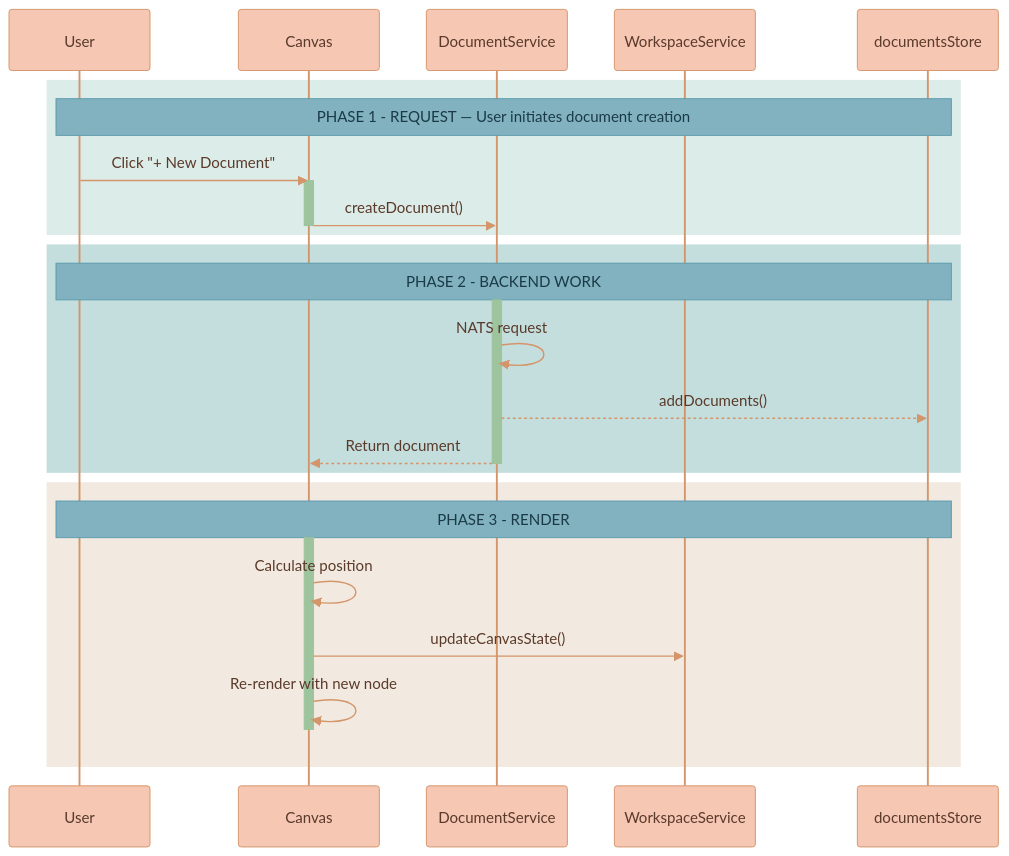
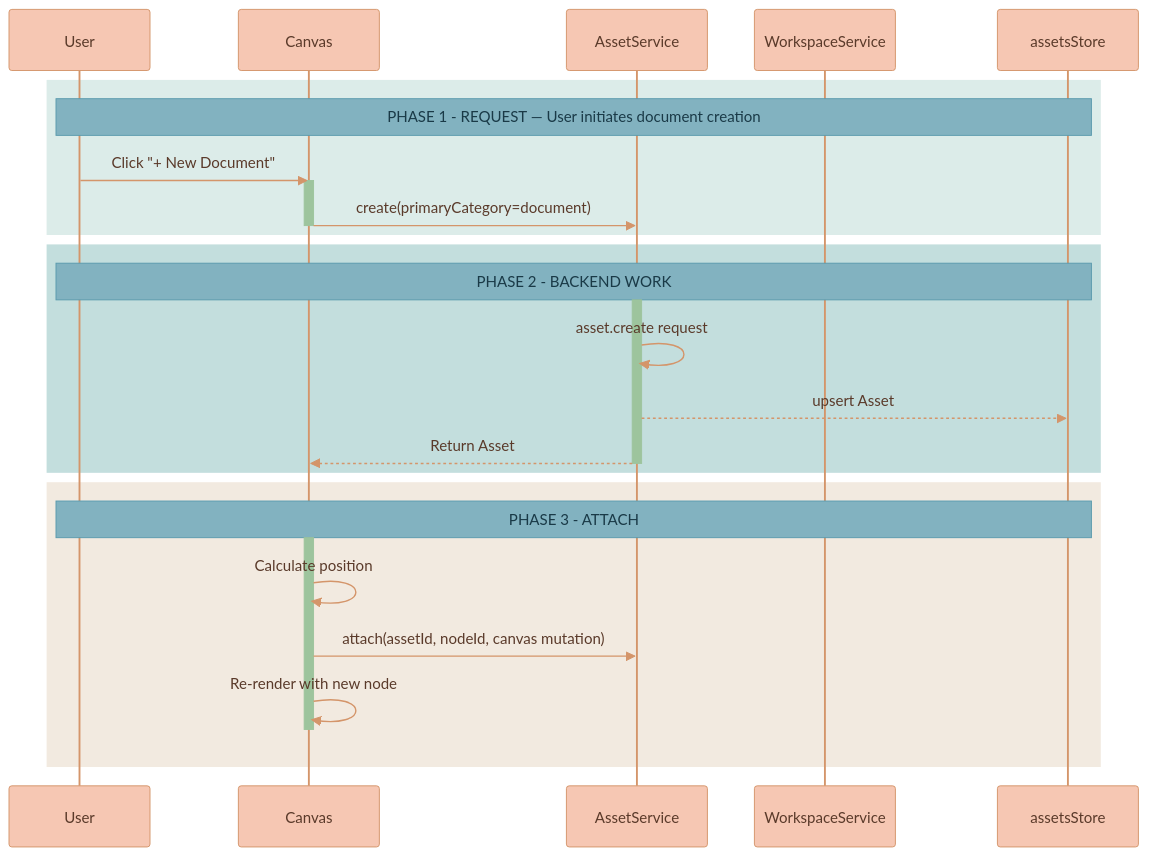
One commit to Lixpi/lixpi changed the second of 6 diagrams in documentation/canvas/USER-FLOWS.md. Above: the diagram before and after it, drawn with Mermaid. The commit also changed other lines of this file and 225 other files, not shown here.

````diff
--- a/documentation/canvas/USER-FLOWS.md
+++ b/documentation/canvas/USER-FLOWS.md
@@ -71,41 +71,41 @@
 ```mermaid
 %%{init: {'theme': 'base', 'themeVariables': { 'noteBkgColor': '#82B2C0', 'noteTextColor': '#1a3a47', 'noteBorderColor': '#5a9aad', 'actorBkg': '#F6C7B3', 'actorBorder': '#d4956a', 'actorTextColor': '#5a3a2a', 'actorLineColor': '#d4956a', 'signalColor': '#d4956a', 'signalTextColor': '#5a3a2a', 'labelBoxBkgColor': '#F6C7B3', 'labelBoxBorderColor': '#d4956a', 'labelTextColor': '#5a3a2a', 'loopTextColor': '#5a3a2a', 'activationBorderColor': '#9DC49D', 'activationBkgColor': '#9DC49D', 'sequenceNumberColor': '#5a3a2a'}}}%%
 sequenceDiagram
     participant User
     participant Canvas
-    participant DSvc as DocumentService
+    participant ASvc as AssetService
     participant WSvc as WorkspaceService
-    participant documentsStore
+    participant assetsStore
     %% ═══════════════════════════════════════════════════════════════
     %% PHASE 1: REQUEST
     %% ═══════════════════════════════════════════════════════════════
     rect rgb(220, 236, 233)
-        Note over User, documentsStore: PHASE 1 - REQUEST — User initiates document creation
+        Note over User, assetsStore: PHASE 1 - REQUEST — User initiates document creation
         User->>Canvas: Click "+ New Document"
         activate Canvas
-        Canvas->>DSvc: createDocument()
+        Canvas->>ASvc: create(primaryCategory=document)
         deactivate Canvas
     end
     %% ═══════════════════════════════════════════════════════════════
     %% PHASE 2: BACKEND WORK
     %% ═══════════════════════════════════════════════════════════════
     rect rgb(195, 222, 221)
-        Note over User, documentsStore: PHASE 2 - BACKEND WORK
-        activate DSvc
-        DSvc->>DSvc: NATS request
-        DSvc-->>documentsStore: addDocuments()
-        DSvc-->>Canvas: Return document
-        deactivate DSvc
+        Note over User, assetsStore: PHASE 2 - BACKEND WORK
+        activate ASvc
+        ASvc->>ASvc: asset.create request
+        ASvc-->>assetsStore: upsert Asset
+        ASvc-->>Canvas: Return Asset
+        deactivate ASvc
     end
     %% ═══════════════════════════════════════════════════════════════
     %% PHASE 3: RENDER
     %% ═══════════════════════════════════════════════════════════════
     rect rgb(242, 234, 224)
-        Note over User, documentsStore: PHASE 3 - RENDER
+        Note over User, assetsStore: PHASE 3 - ATTACH
         activate Canvas
         Canvas->>Canvas: Calculate position
-        Canvas->>WSvc: updateCanvasState()
+        Canvas->>ASvc: attach(assetId, nodeId, canvas mutation)
         Canvas->>Canvas: Re-render with new node
         deactivate Canvas
     end
 ```
````
